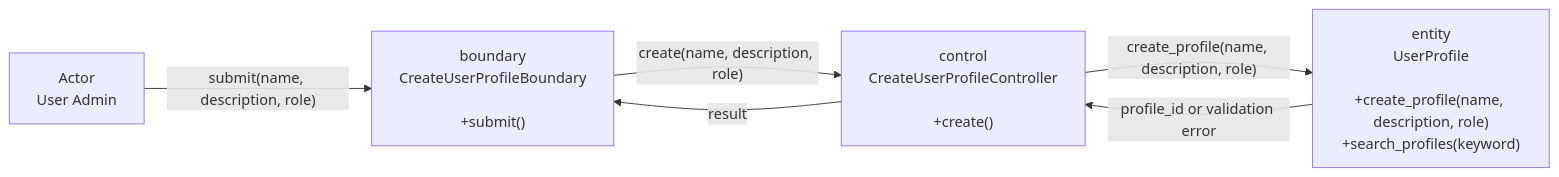
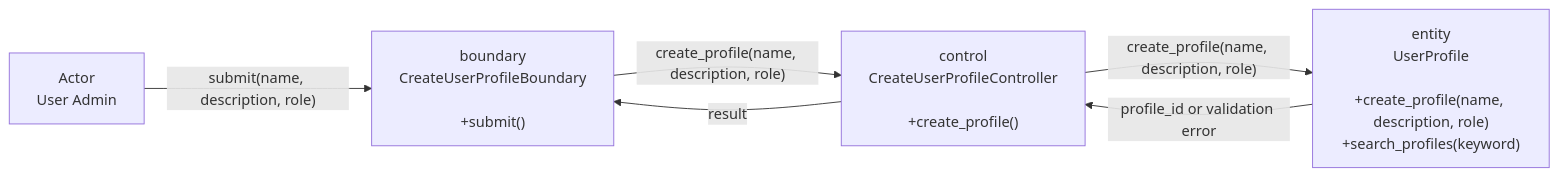
The first of 2 diagrams in diagrams/US01_Create_User_Profile/README.md (boyinapuddle/CSIT314-Chinese), drawn with Mermaid before and after one commit. The commit also changed other lines of this file and 140 other files, not shown here.

````diff
--- a/diagrams/US01_Create_User_Profile/README.md
+++ b/diagrams/US01_Create_User_Profile/README.md
@@ -5,12 +5,12 @@
 ```mermaid
 flowchart LR
     N0["Actor<br/>User Admin"]
     N1["boundary<br/>CreateUserProfileBoundary<br/><br/>+submit()"]
-    N2["control<br/>CreateUserProfileController<br/><br/>+create()"]
+    N2["control<br/>CreateUserProfileController<br/><br/>+create_profile()"]
     N3["entity<br/>UserProfile<br/><br/>+create_profile(name, description, role)<br/>+search_profiles(keyword)"]
     N0 -->|"submit(name, description, role)"| N1
-    N1 -->|"create(name, description, role)"| N2
+    N1 -->|"create_profile(name, description, role)"| N2
     N2 -->|"create_profile(name, description, role)"| N3
     N3 -->|"profile_id or validation error"| N2
     N2 -->|"result"| N1
 ```
````
